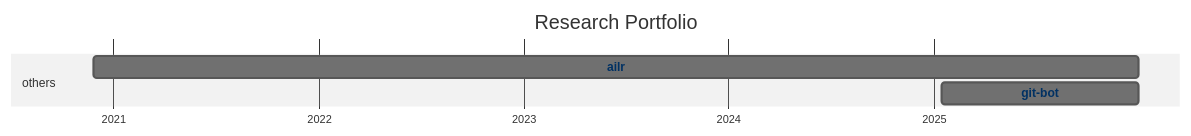
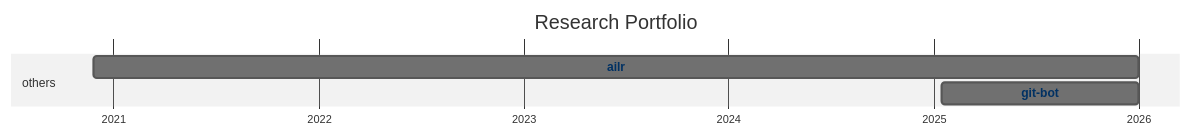
One commit to digital-work-lab/handbook changed the diagram in docs/20-research/25-projects-gantt.md. Above: the diagram before and after it, drawn with Mermaid (neutral theme).

Commit message:
Update repository overview

````diff
--- a/docs/20-research/25-projects-gantt.md
+++ b/docs/20-research/25-projects-gantt.md
@@ -8,23 +8,23 @@
 ```mermaid
 ---
 displayMode: compact
 ---
 gantt
 title Research Portfolio
 dateFormat YYYY-MM-DD
 axisFormat %Y
 
     section work_practices
 
     section distributed_organizing
 
     section knowledge_synthesis
 
     section others
-        git-bot :git-bot, 2025-01-15, 2025-12-31
-        ailr :ailr, 2020-11-26, 2025-12-31
+        git-bot :git-bot, 2025-01-15, 2026-01-01
+        ailr :ailr, 2020-11-26, 2026-01-01
 
 
     click git-bot href "{{ site.baseurl }}/docs/10-lab/18-resources/git-bot.html"
     click ailr href "{{ site.baseurl }}/docs/10-lab/18-resources/ailr.html"
 ```
````
